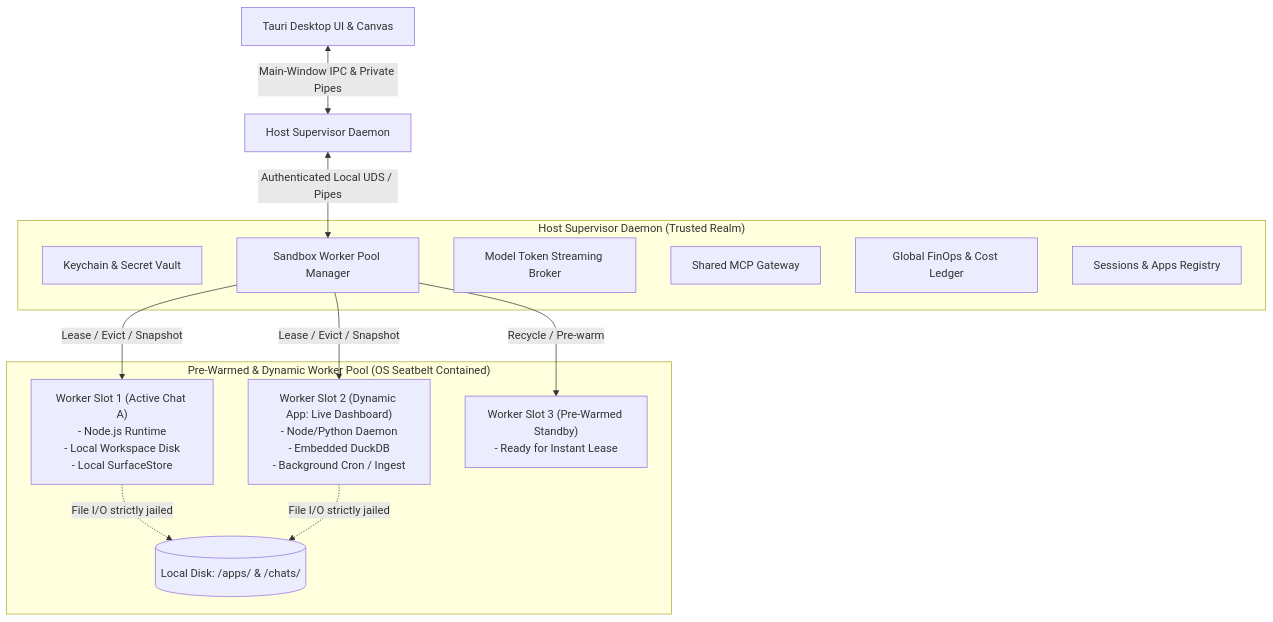
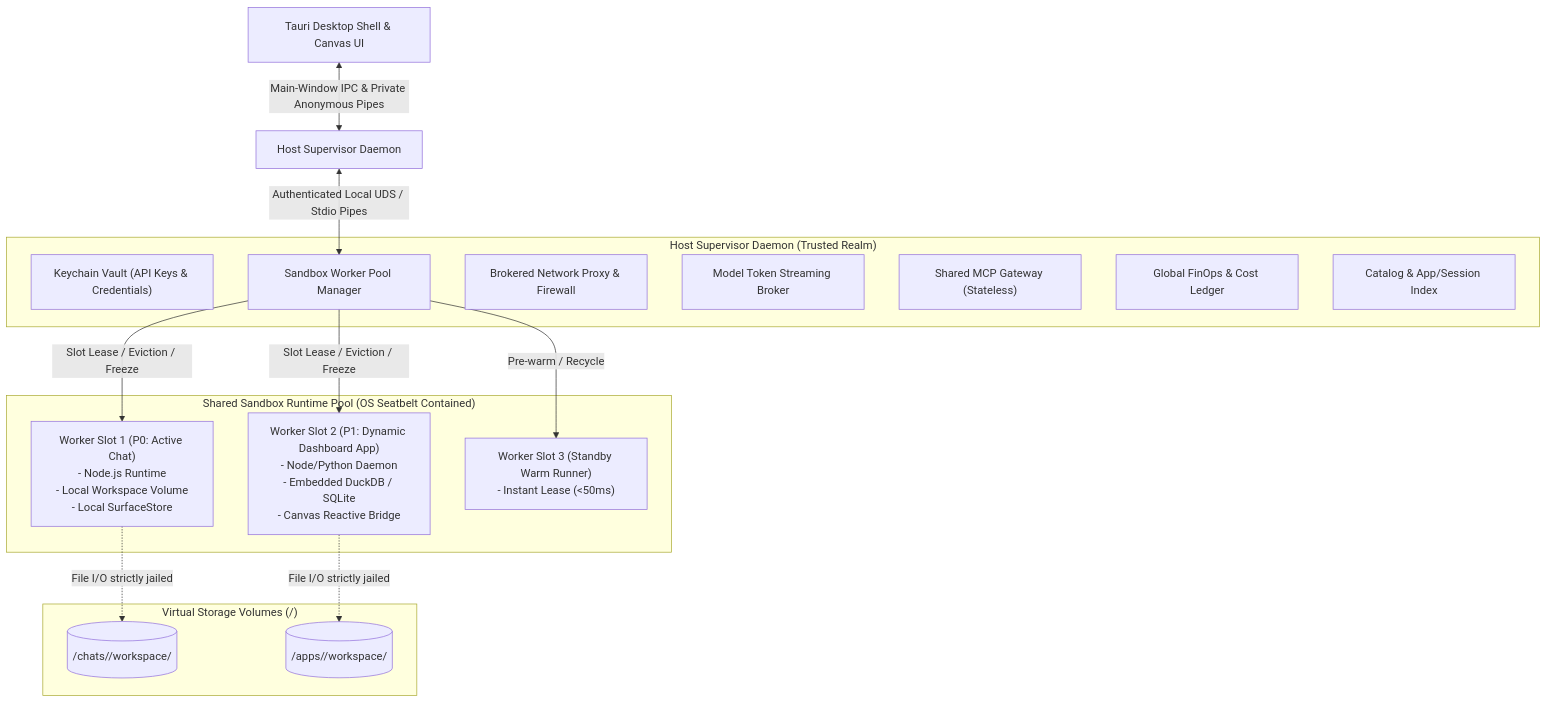
The first of 5 diagrams in docs/sandboxed-apps/ARCHITECTURE.md (nranjan2code/vakyartha), drawn with Mermaid before and after one commit. The commit also changed other lines of this file and 1 other file, not shown here.

Commit message:
docs(sandboxed-apps): expand enterprise architecture specification for mini-cloud and dynamic apps

````diff
--- a/docs/sandboxed-apps/ARCHITECTURE.md
+++ b/docs/sandboxed-apps/ARCHITECTURE.md
@@ -41,29 +101,34 @@
 ```mermaid
 graph TD
-    UI[Tauri Desktop UI & Canvas] <-->|Main-Window IPC & Private Pipes| Supervisor[Host Supervisor Daemon]
+    UI[Tauri Desktop Shell & Canvas UI] <-->|Main-Window IPC & Private Anonymous Pipes| Supervisor[Host Supervisor Daemon]
     
-    subgraph Host Supervisor Daemon ["Host Supervisor Daemon (Trusted Realm)"]
-        KeyStore[Keychain & Secret Vault]
-        PoolMgr[Sandbox Worker Pool Manager]
-        LLMProxy[Model Token Streaming Broker]
-        MCPGateway[Shared MCP Gateway]
-        FinOps[Global FinOps & Cost Ledger]
-        Catalog[Sessions & Apps Registry]
+    subgraph Trusted Realm ["Host Supervisor Daemon (Trusted Realm)"]
+        KeyStore["Keychain Vault (API Keys & Credentials)"]
+        PoolMgr["Sandbox Worker Pool Manager"]
+        Broker["Brokered Network Proxy & Firewall"]
+        LLMProxy["Model Token Streaming Broker"]
+        MCPGateway["Shared MCP Gateway (Stateless)"]
+        FinOps["Global FinOps & Cost Ledger"]
+        Registry["Catalog & App/Session Index"]
     end
 
-    Supervisor <-->|Authenticated Local UDS / Pipes| PoolMgr
+    Supervisor <-->|Authenticated Local UDS / Stdio Pipes| PoolMgr
     
-    subgraph Sandbox Runtime Pool ["Pre-Warmed & Dynamic Worker Pool (OS Seatbelt Contained)"]
-        Slot1["Worker Slot 1 (Active Chat A)\n- Node.js Runtime\n- Local Workspace Disk\n- Local SurfaceStore"]
-        Slot2["Worker Slot 2 (Dynamic App: Live Dashboard)\n- Node/Python Daemon\n- Embedded DuckDB\n- Background Cron / Ingest"]
-        Slot3["Worker Slot 3 (Pre-Warmed Standby)\n- Ready for Instant Lease"]
-        DiskStore[("Local Disk: <dataDir>/apps/ & /chats/")]
+    subgraph Untrusted Realm ["Shared Sandbox Runtime Pool (OS Seatbelt Contained)"]
+        Slot1["Worker Slot 1 (P0: Active Chat)\n- Node.js Runtime\n- Local Workspace Volume\n- Local SurfaceStore"]
+        Slot2["Worker Slot 2 (P1: Dynamic Dashboard App)\n- Node/Python Daemon\n- Embedded DuckDB / SQLite\n- Canvas Reactive Bridge"]
+        Slot3["Worker Slot 3 (Standby Warm Runner)\n- Instant Lease (<50ms)"]
     end
 
-    PoolMgr -->|Lease / Evict / Snapshot| Slot1
-    PoolMgr -->|Lease / Evict / Snapshot| Slot2
-    PoolMgr -->|Recycle / Pre-warm| Slot3
+    PoolMgr -->|Slot Lease / Eviction / Freeze| Slot1
+    PoolMgr -->|Slot Lease / Eviction / Freeze| Slot2
+    PoolMgr -->|Pre-warm / Recycle| Slot3
 
-    Slot1 -.->|File I/O strictly jailed| DiskStore
-    Slot2 -.->|File I/O strictly jailed| DiskStore
+    subgraph Storage Volumes ["Virtual Storage Volumes (<dataDir>/)"]
+        Vol1[("<dataDir>/chats/<id>/workspace/")]
+        Vol2[("<dataDir>/apps/<id>/workspace/")]
+    end
+
+    Slot1 -.->|File I/O strictly jailed| Vol1
+    Slot2 -.->|File I/O strictly jailed| Vol2
 ```
````
